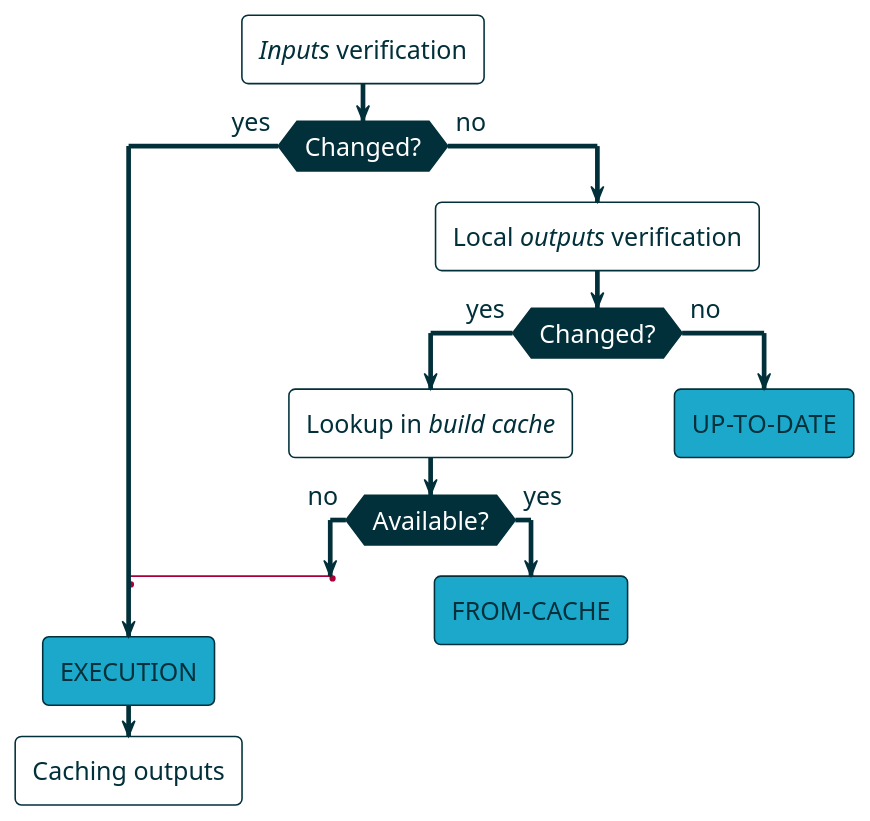
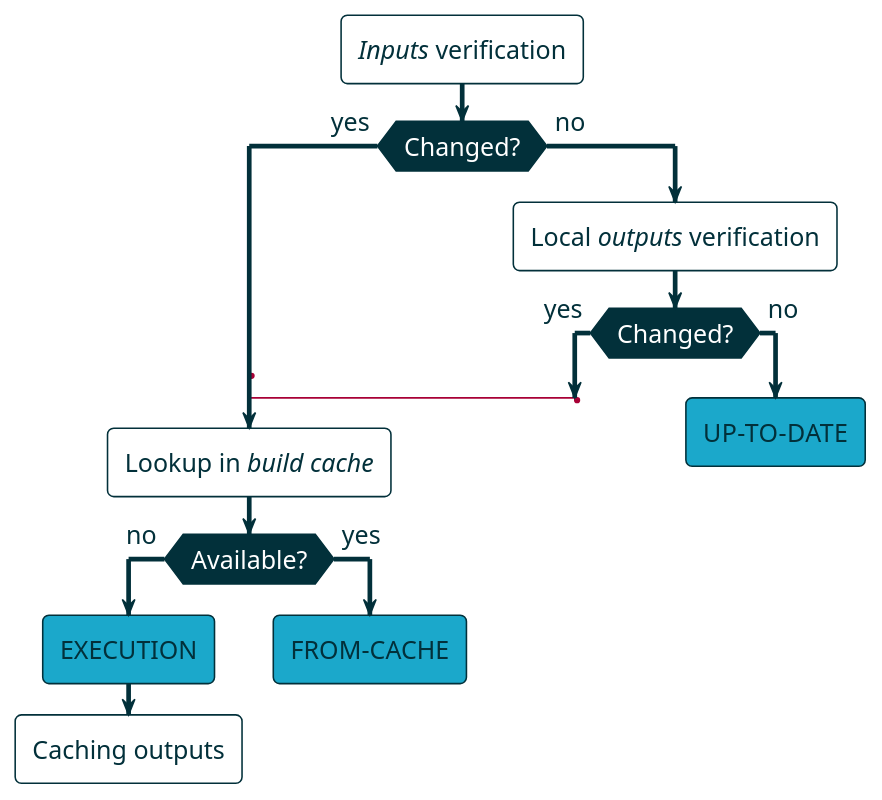
The diagram in slides/src/docs/asciidoc/fragments/_diagram_task-execution.adoc (ljacomet/gradle-build-love), drawn with PlantUML before and after one commit. The commit also changed 1 other file, not shown here.

Commit message:
Fix task execution diagram

```diff
--- a/slides/src/docs/asciidoc/fragments/_diagram_task-execution.adoc
+++ b/slides/src/docs/asciidoc/fragments/_diagram_task-execution.adoc
@@ -1,61 +1,55 @@
 [plantuml]
 ....
 @startuml
 !theme spacelab
 <style>
 activityDiagram {
   BackgroundColor transparent
   FontName Helvetica
   FontSize 16
   FontColor 02303a
   LineColor 02303a
   diamond {
     BackgroundColor 02303a
     FontColor white
   }
 }
 </style>
 ://Inputs// verification;
 if(Changed?) then (yes)
     label space_1
     label space_2
     label space_3
     label space_4
     label space_5
     label space_6
     label space_7
-    label space_8
-    label space_9
-    label space_10
-    label space_11
-    label space_12
-    label space_13
-    label exec
-    #1ba8cb :EXECUTION;
-    :Caching outputs;
-    detach
+    label lookup
+    :Lookup in //build cache//;
+    label space_201
+    if(Available?) then (no)
+        label space_300
+        #1ba8cb :EXECUTION;
+        :Caching outputs;
+        detach
+    else(yes)
+        label space_400
+        #1ba8cb :FROM-CACHE;
+        detach
+    endif
 else (no)
     label space_100
     :Local //outputs// verification;
     label space_101
     label space_102
     if(Changed?) then (yes)
         label space_200
-        :Lookup in //build cache//;
-        label space_201
-        if(Available?) then (no)
-            label space_300
-            goto exec
-        else(yes)
-            label space_400
-            #1ba8cb :FROM-CACHE;
-            detach
-        endif
+        goto lookup
     else(no)
         label space_500
         #1ba8cb :UP-TO-DATE;
         detach
     endif
 endif
 @enduml
 ....
```
